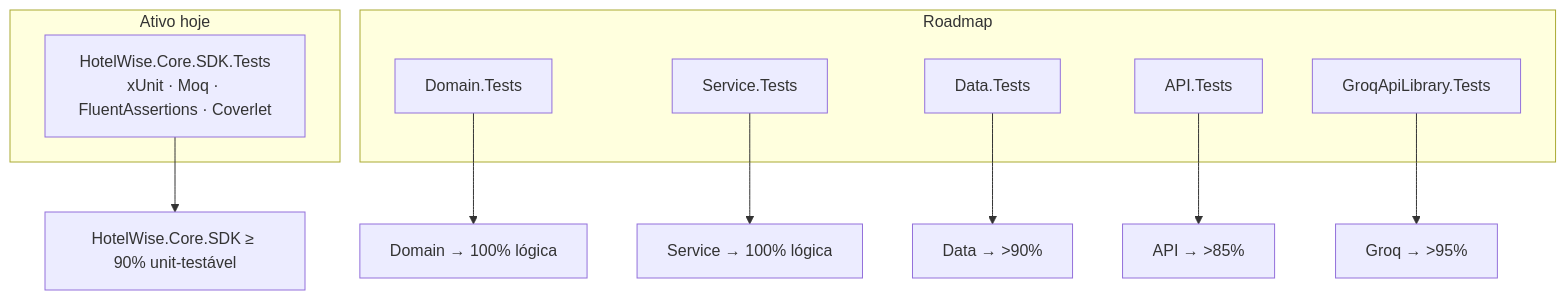
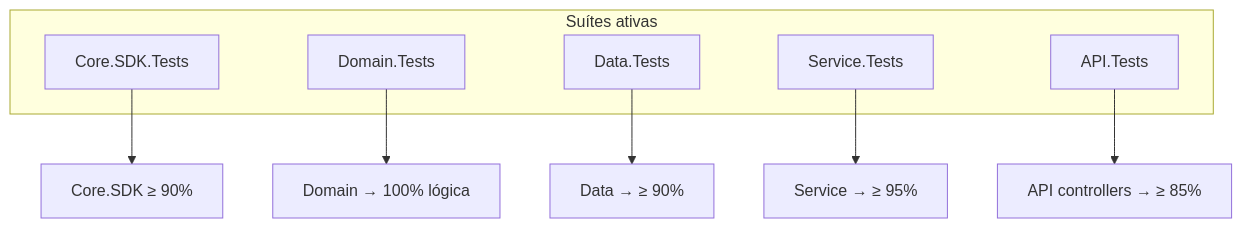
Before and after one commit to LeoneRocha/HotelWiseAPI: the diagram in DOCUMENTACAO/COVERAGE AND TEST/Diretrizes-Coverage-Backend-HotelWise.md, drawn with Mermaid. The commit also changed other lines of this file and 45 other files, not shown here.

````diff
--- a/DOCUMENTACAO/COVERAGE AND TEST/Diretrizes-Coverage-Backend-HotelWise.md
+++ b/DOCUMENTACAO/COVERAGE AND TEST/Diretrizes-Coverage-Backend-HotelWise.md
@@ -22,21 +26,16 @@
 ```mermaid
 flowchart TD
-    subgraph Ativo["Ativo hoje"]
-        T0["HotelWise.Core.SDK.Tests\nxUnit · Moq · FluentAssertions · Coverlet"]
+    subgraph Suites["Suítes ativas"]
+        T0["Core.SDK.Tests"]
+        T1["Domain.Tests"]
+        T2["Data.Tests"]
+        T3["Service.Tests"]
+        T4["API.Tests"]
     end
 
-    subgraph Roadmap["Roadmap"]
-        T1["Domain.Tests"]
-        T2["Service.Tests"]
-        T3["Data.Tests"]
-        T4["API.Tests"]
-        T5["GroqApiLibrary.Tests"]
-    end
-
-    T0 --> Core["HotelWise.Core.SDK ≥ 90% unit-testável"]
+    T0 --> Core["Core.SDK ≥ 90%"]
     T1 --> Domain["Domain → 100% lógica"]
-    T2 --> Service["Service → 100% lógica"]
-    T3 --> Data["Data → >90%"]
-    T4 --> API["API → >85%"]
-    T5 --> Groq["Groq → >95%"]
+    T2 --> Data["Data → ≥ 90%"]
+    T3 --> Service["Service → ≥ 95%"]
+    T4 --> API["API controllers → ≥ 85%"]
 ```
````
